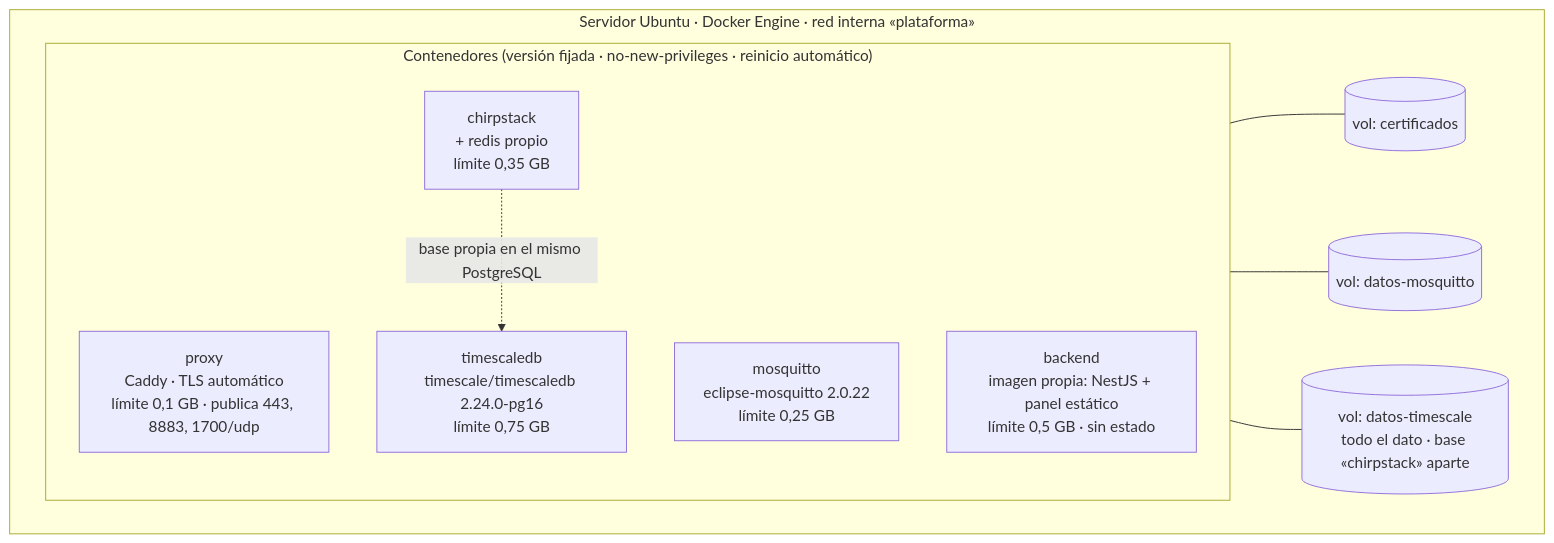
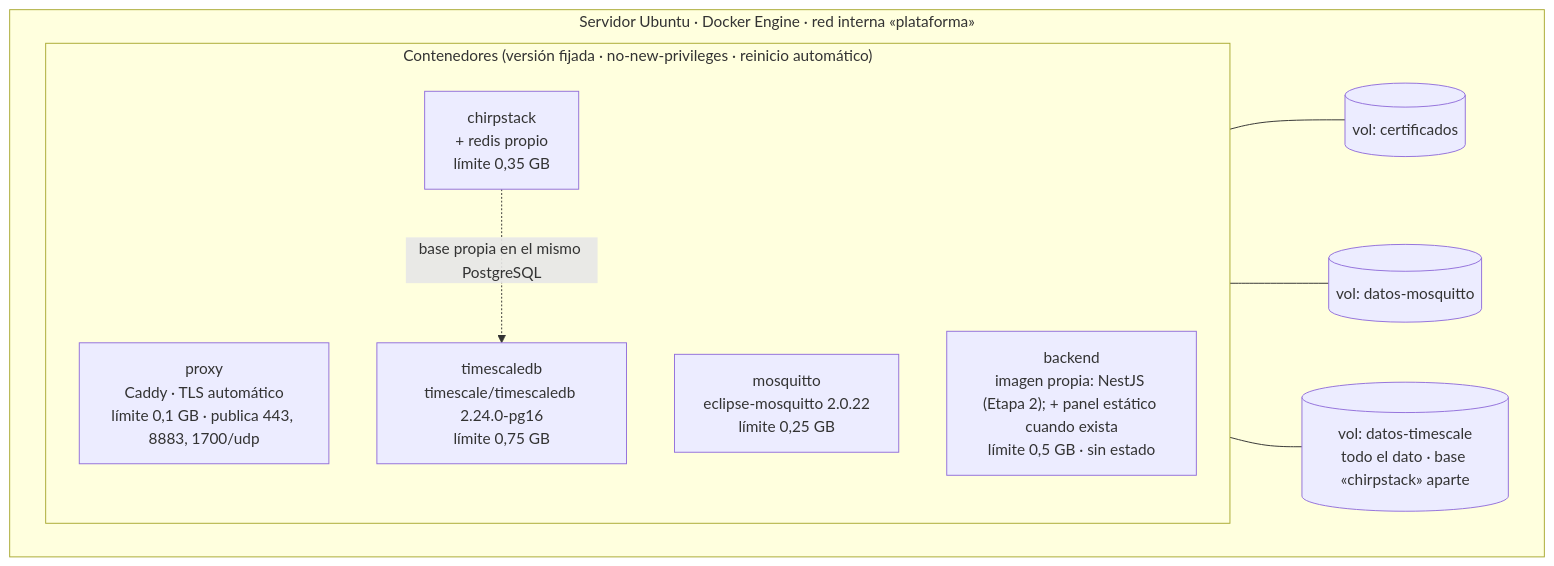
One commit to vicenterami/tesis changed the sixth of 6 diagrams in docs/10-arquitectura.md. Above: the diagram before and after it, drawn with Mermaid. The commit also changed other lines of this file and 13 other files, not shown here.

````diff
--- a/docs/10-arquitectura.md
+++ b/docs/10-arquitectura.md
@@ -282,21 +298,21 @@
 ```mermaid
 flowchart TB
     subgraph HOST["Servidor Ubuntu · Docker Engine · red interna «plataforma»"]
         direction LR
         subgraph SVC["Contenedores (versión fijada · no-new-privileges · reinicio automático)"]
             direction TB
             C5["proxy<br/>Caddy · TLS automático<br/>límite 0,1 GB · publica 443, 8883, 1700/udp"]
             C1["mosquitto<br/>eclipse-mosquitto 2.0.22<br/>límite 0,25 GB"]
             C2["chirpstack<br/>+ redis propio<br/>límite 0,35 GB"]
-            C4["backend<br/>imagen propia: NestJS + panel estático<br/>límite 0,5 GB · sin estado"]
+            C4["backend<br/>imagen propia: NestJS (Etapa 2); + panel estático cuando exista<br/>límite 0,5 GB · sin estado"]
             C3["timescaledb<br/>timescale/timescaledb 2.24.0-pg16<br/>límite 0,75 GB"]
         end
         V4[("vol: certificados")]
         V2[("vol: datos-mosquitto")]
         V1[("vol: datos-timescale<br/>todo el dato · base «chirpstack» aparte")]
     end
     C5 --- V4
     C1 --- V2
     C3 --- V1
     C2 -. "base propia en el mismo PostgreSQL" .-> C3
 ```
````
